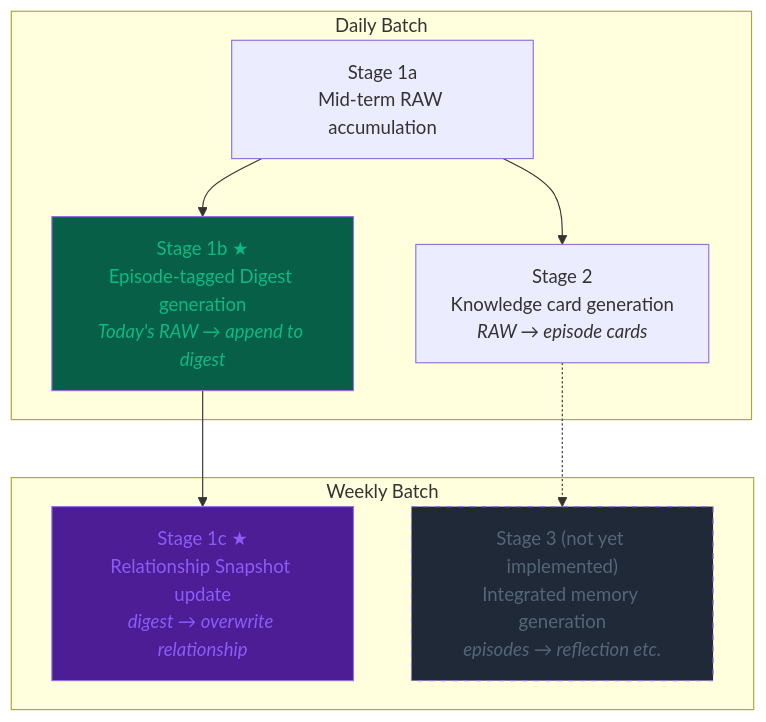
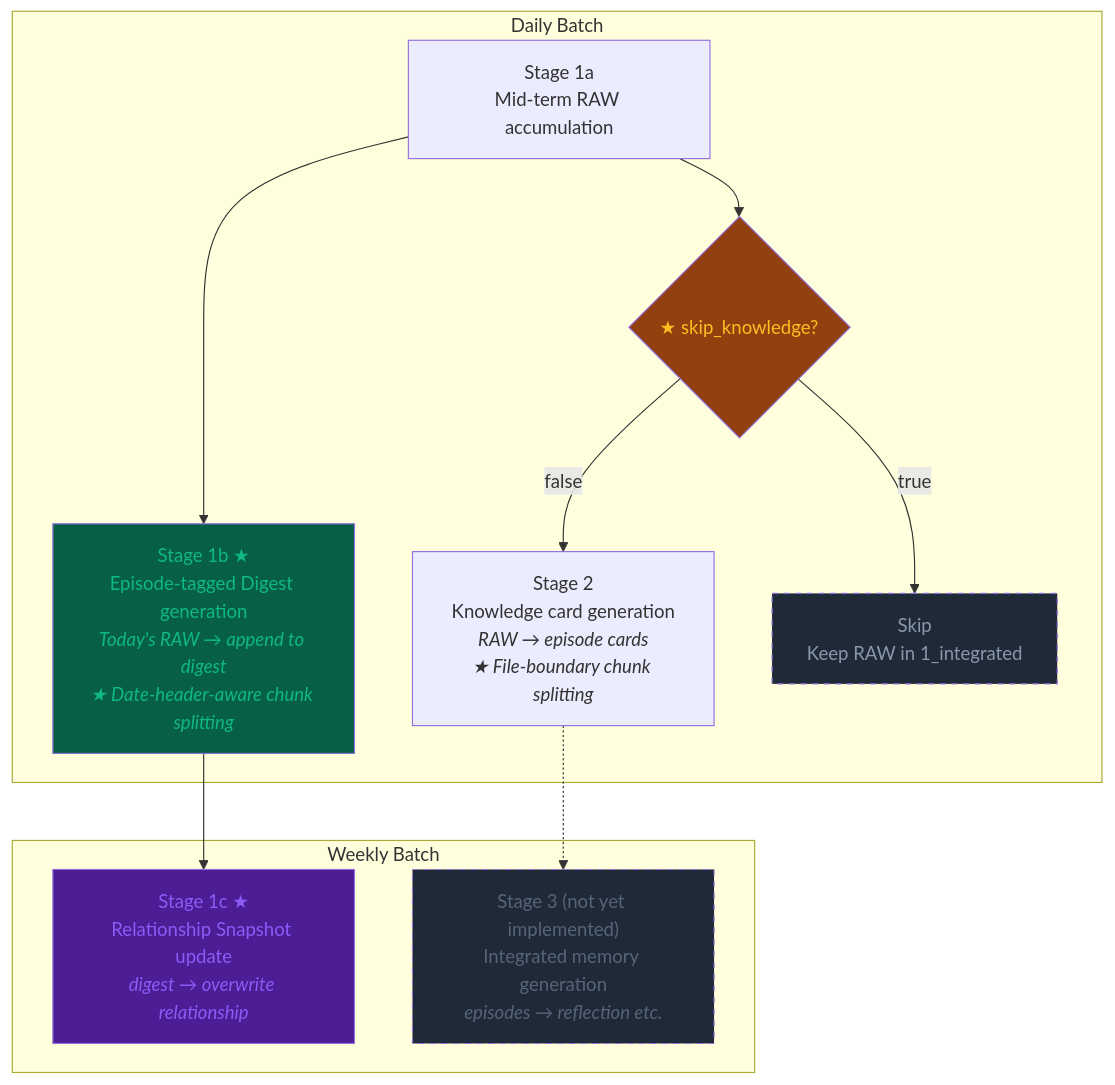
One commit to unagisann/Butly changed the fourth of 7 diagrams in docs/DIAGRAMS.md. Above: the diagram before and after it, drawn with Mermaid. The commit also changed other lines of this file and 8 other files, not shown here.

````diff
--- a/docs/DIAGRAMS.md
+++ b/docs/DIAGRAMS.md
@@ -92,20 +92,26 @@
 ```mermaid
 flowchart TD
     subgraph "Daily Batch"
         S1a["Stage 1a<br/>Mid-term RAW accumulation"]
-        S1b["Stage 1b ★<br/>Episode-tagged Digest generation<br/><i>Today's RAW → append to digest</i>"]
-        S2["Stage 2<br/>Knowledge card generation<br/><i>RAW → episode cards</i>"]
+        S1b["Stage 1b ★<br/>Episode-tagged Digest generation<br/><i>Today's RAW → append to digest</i><br/><i>★ Date-header-aware chunk splitting</i>"]
+        SKIP{★ skip_knowledge?}
+        S2["Stage 2<br/>Knowledge card generation<br/><i>RAW → episode cards</i><br/><i>★ File-boundary chunk splitting</i>"]
+        S2SKIP["Skip<br/>Keep RAW in 1_integrated"]
     end
     subgraph "Weekly Batch"
         S1c["Stage 1c ★<br/>Relationship Snapshot update<br/><i>digest → overwrite relationship</i>"]
         S3["Stage 3 (not yet implemented)<br/>Integrated memory generation<br/><i>episodes → reflection etc.</i>"]
     end
 
     S1a --> S1b --> S1c
-    S1a --> S2
+    S1a --> SKIP
+    SKIP -->|false| S2
+    SKIP -->|true| S2SKIP
     S2 -.-> S3
 
     style S1b fill:#065f46,color:#10b981
     style S1c fill:#4c1d95,color:#8b5cf6
     style S3 fill:#1f2937,color:#556677,stroke-dasharray: 5 5
+    style SKIP fill:#92400e,color:#fbbf24
+    style S2SKIP fill:#1f2937,color:#8899aa,stroke-dasharray: 5 5
 ```
````
